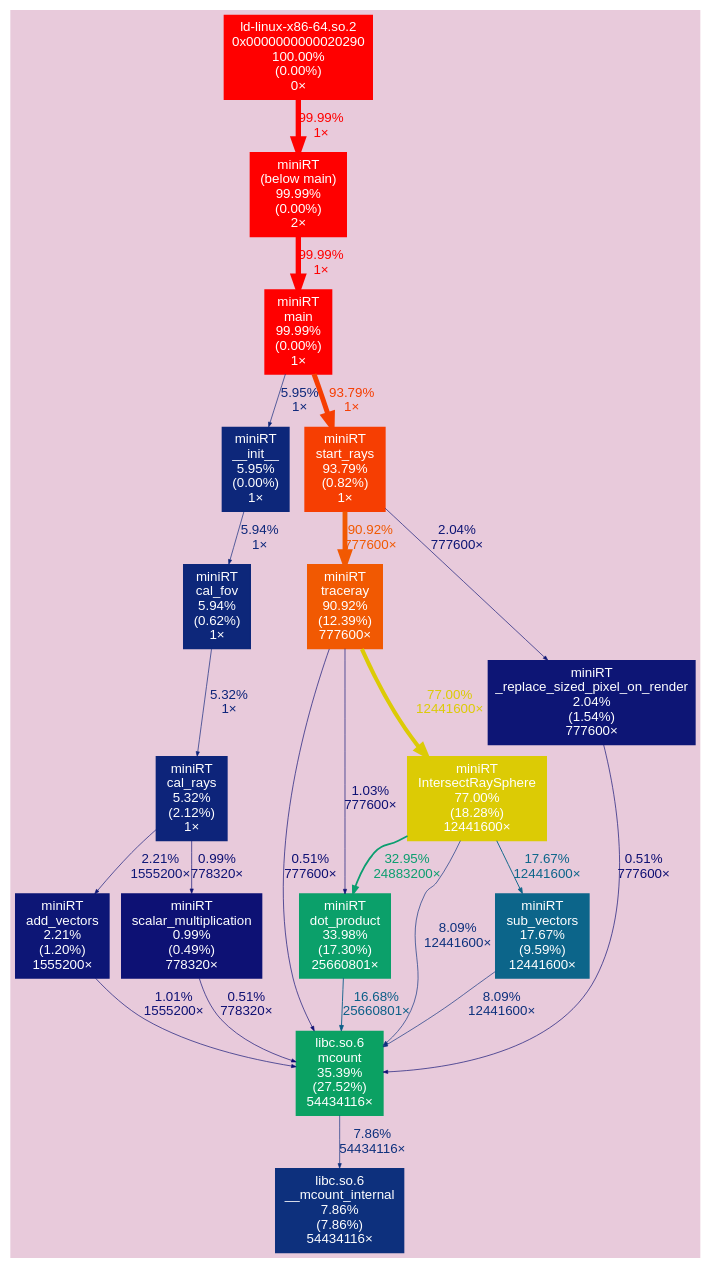
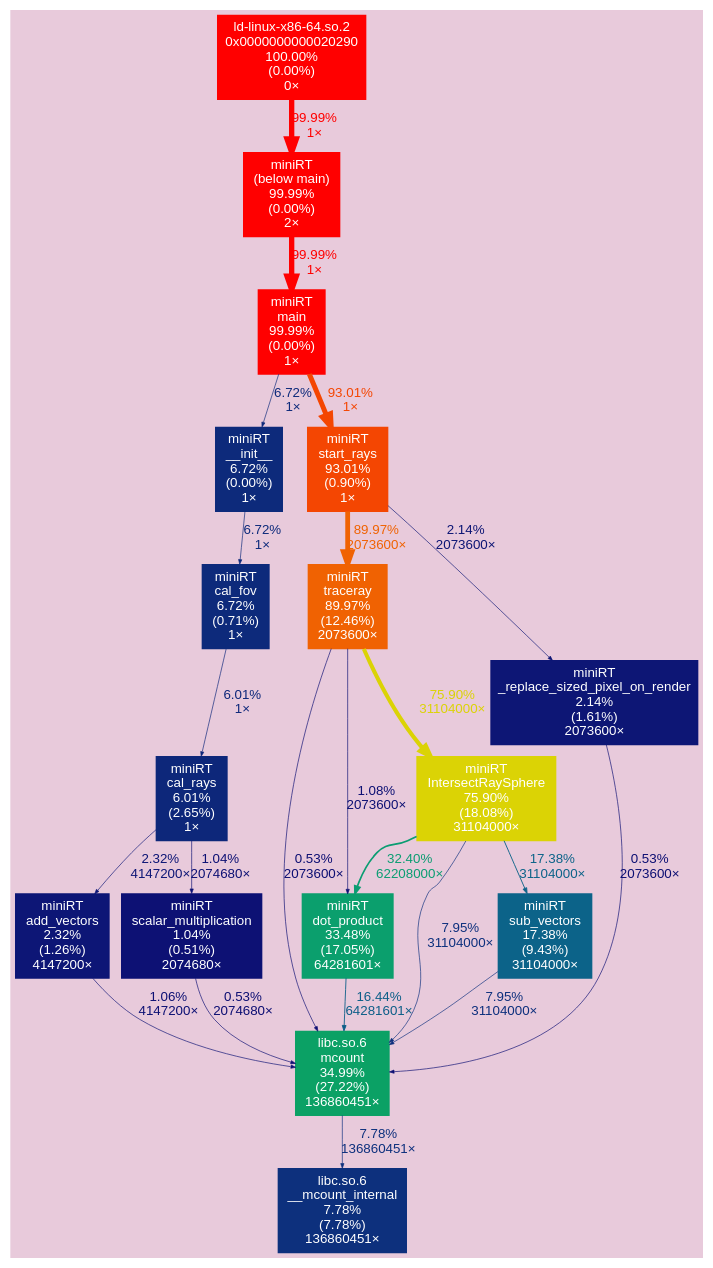
Before and after one commit to Miniflint/miniRT: the diagram in out.dot, drawn with Graphviz. The commit also changed 11 other files, not shown here.

```diff
--- a/out.dot
+++ b/out.dot
@@ -1,45 +1,45 @@
 digraph {
 	tooltip=" "
 	bgcolor="#E8CADB"
 	graph [fontname=Arial, nodesep=0.125, ranksep=0.25];
 	node [fontcolor=white, fontname=Arial, height=0, shape=box, style=filled, width=0];
 	edge [fontname=Arial];
 	"(below main)" [color="#ff0000", fontcolor="#ffffff", fontsize="10.00", label="miniRT\n(below main)\n99.99%\n(0.00%)\n2×"];
 	"(below main)" -> main [arrowsize="1.00", color="#ff0000", fontcolor="#ff0000", fontsize="10.00", label="99.99%\n1×", labeldistance="4.00", penwidth="4.00"];
 	"0x0000000000020290" [color="#ff0000", fontcolor="#ffffff", fontsize="10.00", label="ld-linux-x86-64.so.2\n0x0000000000020290\n100.00%\n(0.00%)\n0×"];
 	"0x0000000000020290" -> "(below main)" [arrowsize="1.00", color="#ff0000", fontcolor="#ff0000", fontsize="10.00", label="99.99%\n1×", labeldistance="4.00", penwidth="4.00"];
-	IntersectRaySphere [color="#dccb05", fontcolor="#ffffff", fontsize="10.00", label="miniRT\nIntersectRaySphere\n77.00%\n(18.28%)\n12441600×"];
-	IntersectRaySphere -> "dot_product" [arrowsize="0.57", color="#0b9e6f", fontcolor="#0b9e6f", fontsize="10.00", label="32.95%\n24883200×", labeldistance="1.32", penwidth="1.32"];
-	IntersectRaySphere -> mcount [arrowsize="0.35", color="#0d317d", fontcolor="#0d317d", fontsize="10.00", label="8.09%\n12441600×", labeldistance="0.50", penwidth="0.50"];
-	IntersectRaySphere -> "sub_vectors" [arrowsize="0.42", color="#0c658a", fontcolor="#0c658a", fontsize="10.00", label="17.67%\n12441600×", labeldistance="0.71", penwidth="0.71"];
-	"__init__" [color="#0d277a", fontcolor="#ffffff", fontsize="10.00", label="miniRT\n__init__\n5.95%\n(0.00%)\n1×"];
-	"__init__" -> "cal_fov" [arrowsize="0.35", color="#0d277a", fontcolor="#0d277a", fontsize="10.00", label="5.94%\n1×", labeldistance="0.50", penwidth="0.50"];
-	"__mcount_internal" [color="#0d307d", fontcolor="#ffffff", fontsize="10.00", label="libc.so.6\n__mcount_internal\n7.86%\n(7.86%)\n54434116×"];
-	"_replace_sized_pixel_on_render" [color="#0d1575", fontcolor="#ffffff", fontsize="10.00", label="miniRT\n_replace_sized_pixel_on_render\n2.04%\n(1.54%)\n777600×"];
-	"_replace_sized_pixel_on_render" -> mcount [arrowsize="0.35", color="#0d0f73", fontcolor="#0d0f73", fontsize="10.00", label="0.51%\n777600×", labeldistance="0.50", penwidth="0.50"];
-	"add_vectors" [color="#0d1676", fontcolor="#ffffff", fontsize="10.00", label="miniRT\nadd_vectors\n2.21%\n(1.20%)\n1555200×"];
-	"add_vectors" -> mcount [arrowsize="0.35", color="#0d1174", fontcolor="#0d1174", fontsize="10.00", label="1.01%\n1555200×", labeldistance="0.50", penwidth="0.50"];
-	"cal_fov" [color="#0d277a", fontcolor="#ffffff", fontsize="10.00", label="miniRT\ncal_fov\n5.94%\n(0.62%)\n1×"];
-	"cal_fov" -> "cal_rays" [arrowsize="0.35", color="#0d247a", fontcolor="#0d247a", fontsize="10.00", label="5.32%\n1×", labeldistance="0.50", penwidth="0.50"];
-	"cal_rays" [color="#0d247a", fontcolor="#ffffff", fontsize="10.00", label="miniRT\ncal_rays\n5.32%\n(2.12%)\n1×"];
-	"cal_rays" -> "add_vectors" [arrowsize="0.35", color="#0d1676", fontcolor="#0d1676", fontsize="10.00", label="2.21%\n1555200×", labeldistance="0.50", penwidth="0.50"];
-	"cal_rays" -> "scalar_multiplication" [arrowsize="0.35", color="#0d1174", fontcolor="#0d1174", fontsize="10.00", label="0.99%\n778320×", labeldistance="0.50", penwidth="0.50"];
-	"dot_product" [color="#0ba06a", fontcolor="#ffffff", fontsize="10.00", label="miniRT\ndot_product\n33.98%\n(17.30%)\n25660801×"];
-	"dot_product" -> mcount [arrowsize="0.41", color="#0c5f88", fontcolor="#0c5f88", fontsize="10.00", label="16.68%\n25660801×", labeldistance="0.67", penwidth="0.67"];
+	IntersectRaySphere [color="#dbd305", fontcolor="#ffffff", fontsize="10.00", label="miniRT\nIntersectRaySphere\n75.90%\n(18.08%)\n31104000×"];
+	IntersectRaySphere -> "dot_product" [arrowsize="0.57", color="#0b9d72", fontcolor="#0b9d72", fontsize="10.00", label="32.40%\n62208000×", labeldistance="1.30", penwidth="1.30"];
+	IntersectRaySphere -> mcount [arrowsize="0.35", color="#0d307d", fontcolor="#0d307d", fontsize="10.00", label="7.95%\n31104000×", labeldistance="0.50", penwidth="0.50"];
+	IntersectRaySphere -> "sub_vectors" [arrowsize="0.42", color="#0c6389", fontcolor="#0c6389", fontsize="10.00", label="17.38%\n31104000×", labeldistance="0.70", penwidth="0.70"];
+	"__init__" [color="#0d2a7b", fontcolor="#ffffff", fontsize="10.00", label="miniRT\n__init__\n6.72%\n(0.00%)\n1×"];
+	"__init__" -> "cal_fov" [arrowsize="0.35", color="#0d2a7b", fontcolor="#0d2a7b", fontsize="10.00", label="6.72%\n1×", labeldistance="0.50", penwidth="0.50"];
+	"__mcount_internal" [color="#0d307d", fontcolor="#ffffff", fontsize="10.00", label="libc.so.6\n__mcount_internal\n7.78%\n(7.78%)\n136860451×"];
+	"_replace_sized_pixel_on_render" [color="#0d1675", fontcolor="#ffffff", fontsize="10.00", label="miniRT\n_replace_sized_pixel_on_render\n2.14%\n(1.61%)\n2073600×"];
+	"_replace_sized_pixel_on_render" -> mcount [arrowsize="0.35", color="#0d0f73", fontcolor="#0d0f73", fontsize="10.00", label="0.53%\n2073600×", labeldistance="0.50", penwidth="0.50"];
+	"add_vectors" [color="#0d1676", fontcolor="#ffffff", fontsize="10.00", label="miniRT\nadd_vectors\n2.32%\n(1.26%)\n4147200×"];
+	"add_vectors" -> mcount [arrowsize="0.35", color="#0d1174", fontcolor="#0d1174", fontsize="10.00", label="1.06%\n4147200×", labeldistance="0.50", penwidth="0.50"];
+	"cal_fov" [color="#0d2a7b", fontcolor="#ffffff", fontsize="10.00", label="miniRT\ncal_fov\n6.72%\n(0.71%)\n1×"];
+	"cal_fov" -> "cal_rays" [arrowsize="0.35", color="#0d277a", fontcolor="#0d277a", fontsize="10.00", label="6.01%\n1×", labeldistance="0.50", penwidth="0.50"];
+	"cal_rays" [color="#0d277a", fontcolor="#ffffff", fontsize="10.00", label="miniRT\ncal_rays\n6.01%\n(2.65%)\n1×"];
+	"cal_rays" -> "add_vectors" [arrowsize="0.35", color="#0d1676", fontcolor="#0d1676", fontsize="10.00", label="2.32%\n4147200×", labeldistance="0.50", penwidth="0.50"];
+	"cal_rays" -> "scalar_multiplication" [arrowsize="0.35", color="#0d1174", fontcolor="#0d1174", fontsize="10.00", label="1.04%\n2074680×", labeldistance="0.50", penwidth="0.50"];
+	"dot_product" [color="#0b9f6d", fontcolor="#ffffff", fontsize="10.00", label="miniRT\ndot_product\n33.48%\n(17.05%)\n64281601×"];
+	"dot_product" -> mcount [arrowsize="0.41", color="#0c5e88", fontcolor="#0c5e88", fontsize="10.00", label="16.44%\n64281601×", labeldistance="0.66", penwidth="0.66"];
 	main [color="#ff0000", fontcolor="#ffffff", fontsize="10.00", label="miniRT\nmain\n99.99%\n(0.00%)\n1×"];
-	main -> "__init__" [arrowsize="0.35", color="#0d277a", fontcolor="#0d277a", fontsize="10.00", label="5.95%\n1×", labeldistance="0.50", penwidth="0.50"];
-	main -> "start_rays" [arrowsize="0.97", color="#f63e02", fontcolor="#f63e02", fontsize="10.00", label="93.79%\n1×", labeldistance="3.75", penwidth="3.75"];
-	mcount [color="#0ba163", fontcolor="#ffffff", fontsize="10.00", label="libc.so.6\nmcount\n35.39%\n(27.52%)\n54434116×"];
-	mcount -> "__mcount_internal" [arrowsize="0.35", color="#0d307d", fontcolor="#0d307d", fontsize="10.00", label="7.86%\n54434116×", labeldistance="0.50", penwidth="0.50"];
-	"scalar_multiplication" [color="#0d1174", fontcolor="#ffffff", fontsize="10.00", label="miniRT\nscalar_multiplication\n0.99%\n(0.49%)\n778320×"];
-	"scalar_multiplication" -> mcount [arrowsize="0.35", color="#0d0f73", fontcolor="#0d0f73", fontsize="10.00", label="0.51%\n778320×", labeldistance="0.50", penwidth="0.50"];
-	"start_rays" [color="#f63e02", fontcolor="#ffffff", fontsize="10.00", label="miniRT\nstart_rays\n93.79%\n(0.82%)\n1×"];
-	"start_rays" -> "_replace_sized_pixel_on_render" [arrowsize="0.35", color="#0d1575", fontcolor="#0d1575", fontsize="10.00", label="2.04%\n777600×", labeldistance="0.50", penwidth="0.50"];
-	"start_rays" -> traceray [arrowsize="0.95", color="#f15902", fontcolor="#f15902", fontsize="10.00", label="90.92%\n777600×", labeldistance="3.64", penwidth="3.64"];
-	"sub_vectors" [color="#0c658a", fontcolor="#ffffff", fontsize="10.00", label="miniRT\nsub_vectors\n17.67%\n(9.59%)\n12441600×"];
-	"sub_vectors" -> mcount [arrowsize="0.35", color="#0d317d", fontcolor="#0d317d", fontsize="10.00", label="8.09%\n12441600×", labeldistance="0.50", penwidth="0.50"];
-	traceray [color="#f15902", fontcolor="#ffffff", fontsize="10.00", label="miniRT\ntraceray\n90.92%\n(12.39%)\n777600×"];
-	traceray -> IntersectRaySphere [arrowsize="0.88", color="#dccb05", fontcolor="#dccb05", fontsize="10.00", label="77.00%\n12441600×", labeldistance="3.08", penwidth="3.08"];
-	traceray -> "dot_product" [arrowsize="0.35", color="#0d1174", fontcolor="#0d1174", fontsize="10.00", label="1.03%\n777600×", labeldistance="0.50", penwidth="0.50"];
-	traceray -> mcount [arrowsize="0.35", color="#0d0f73", fontcolor="#0d0f73", fontsize="10.00", label="0.51%\n777600×", labeldistance="0.50", penwidth="0.50"];
+	main -> "__init__" [arrowsize="0.35", color="#0d2a7b", fontcolor="#0d2a7b", fontsize="10.00", label="6.72%\n1×", labeldistance="0.50", penwidth="0.50"];
+	main -> "start_rays" [arrowsize="0.96", color="#f44602", fontcolor="#f44602", fontsize="10.00", label="93.01%\n1×", labeldistance="3.72", penwidth="3.72"];
+	mcount [color="#0ba165", fontcolor="#ffffff", fontsize="10.00", label="libc.so.6\nmcount\n34.99%\n(27.22%)\n136860451×"];
+	mcount -> "__mcount_internal" [arrowsize="0.35", color="#0d307d", fontcolor="#0d307d", fontsize="10.00", label="7.78%\n136860451×", labeldistance="0.50", penwidth="0.50"];
+	"scalar_multiplication" [color="#0d1174", fontcolor="#ffffff", fontsize="10.00", label="miniRT\nscalar_multiplication\n1.04%\n(0.51%)\n2074680×"];
+	"scalar_multiplication" -> mcount [arrowsize="0.35", color="#0d0f73", fontcolor="#0d0f73", fontsize="10.00", label="0.53%\n2074680×", labeldistance="0.50", penwidth="0.50"];
+	"start_rays" [color="#f44602", fontcolor="#ffffff", fontsize="10.00", label="miniRT\nstart_rays\n93.01%\n(0.90%)\n1×"];
+	"start_rays" -> "_replace_sized_pixel_on_render" [arrowsize="0.35", color="#0d1675", fontcolor="#0d1675", fontsize="10.00", label="2.14%\n2073600×", labeldistance="0.50", penwidth="0.50"];
+	"start_rays" -> traceray [arrowsize="0.95", color="#f06202", fontcolor="#f06202", fontsize="10.00", label="89.97%\n2073600×", labeldistance="3.60", penwidth="3.60"];
+	"sub_vectors" [color="#0c6389", fontcolor="#ffffff", fontsize="10.00", label="miniRT\nsub_vectors\n17.38%\n(9.43%)\n31104000×"];
+	"sub_vectors" -> mcount [arrowsize="0.35", color="#0d307d", fontcolor="#0d307d", fontsize="10.00", label="7.95%\n31104000×", labeldistance="0.50", penwidth="0.50"];
+	traceray [color="#f06202", fontcolor="#ffffff", fontsize="10.00", label="miniRT\ntraceray\n89.97%\n(12.46%)\n2073600×"];
+	traceray -> IntersectRaySphere [arrowsize="0.87", color="#dbd305", fontcolor="#dbd305", fontsize="10.00", label="75.90%\n31104000×", labeldistance="3.04", penwidth="3.04"];
+	traceray -> "dot_product" [arrowsize="0.35", color="#0d1174", fontcolor="#0d1174", fontsize="10.00", label="1.08%\n2073600×", labeldistance="0.50", penwidth="0.50"];
+	traceray -> mcount [arrowsize="0.35", color="#0d0f73", fontcolor="#0d0f73", fontsize="10.00", label="0.53%\n2073600×", labeldistance="0.50", penwidth="0.50"];
 }
```
